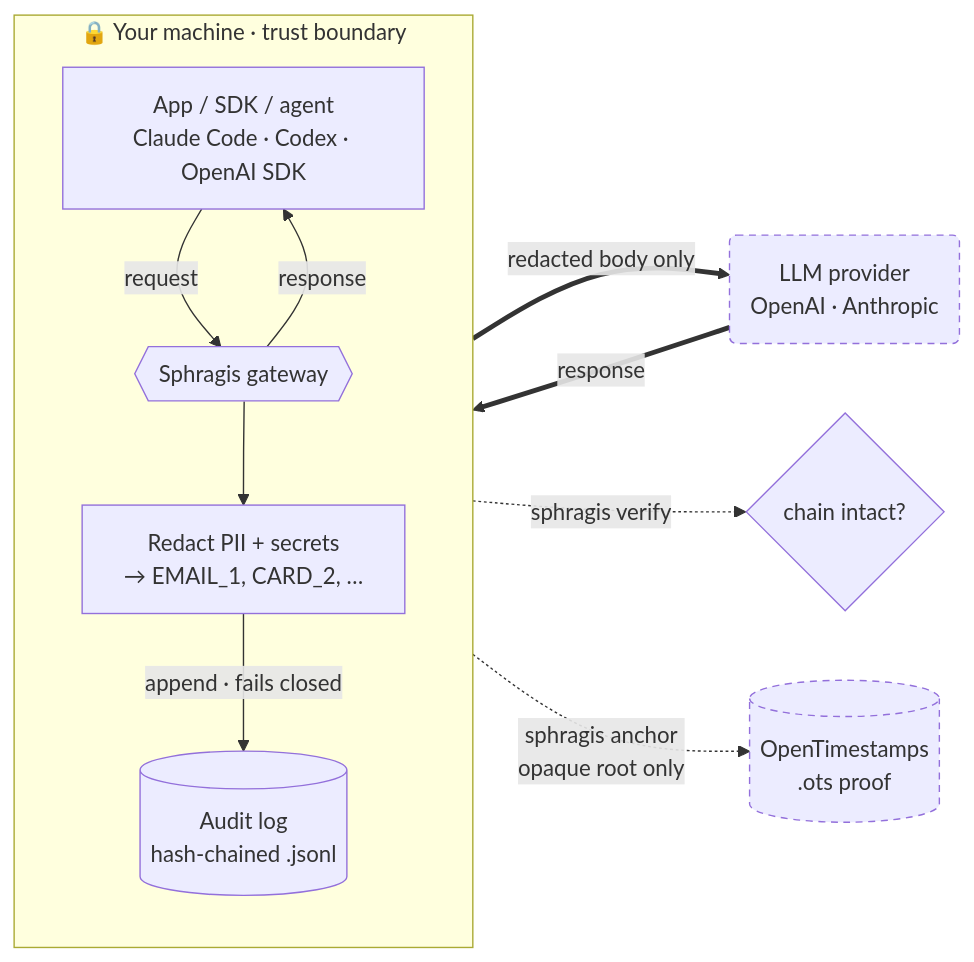
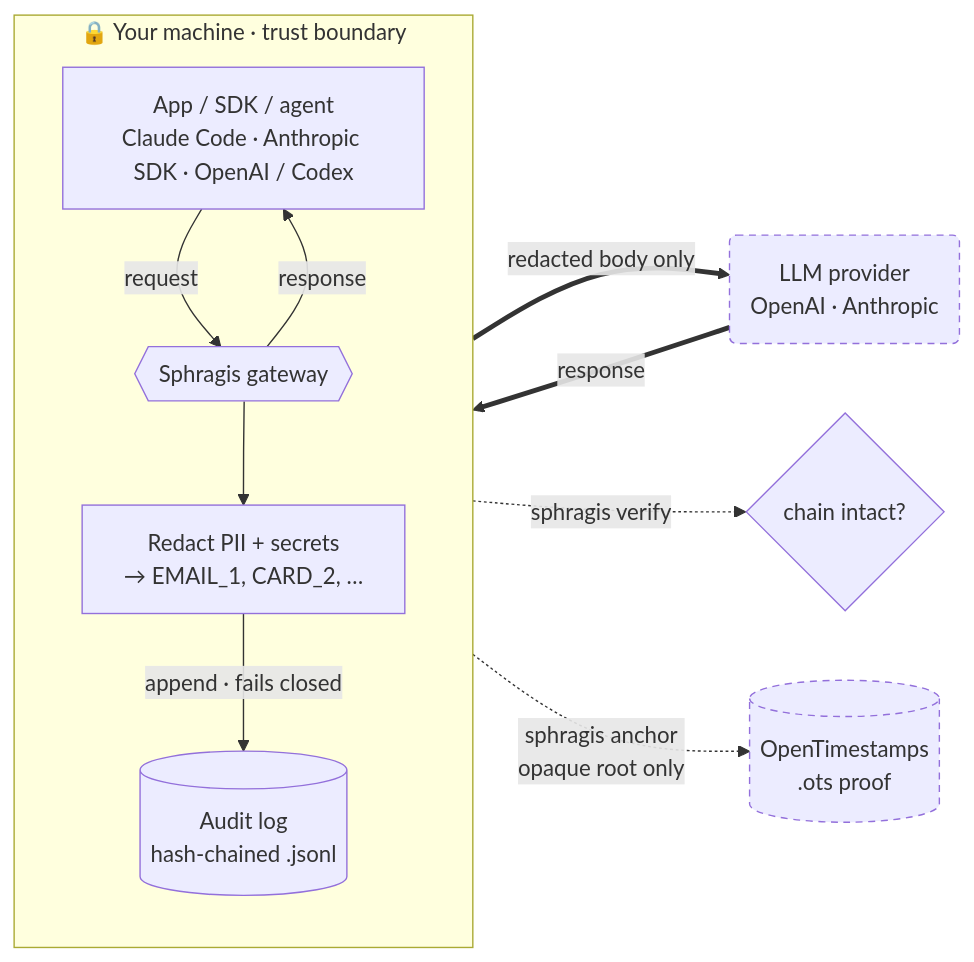
The diagram in README.md (sphragis-oss/sphragis), drawn with Mermaid before and after one commit. The commit also changed other lines of this file, not shown here.

First line of the commit message:
docs: emphasize first-class Claude support [skip ci]

````diff
--- a/README.md
+++ b/README.md
@@ -48,23 +49,23 @@
 ```mermaid
 flowchart LR
     subgraph trust["🔒 Your machine · trust boundary"]
         direction TB
-        A["App / SDK / agent<br/>Claude Code · Codex · OpenAI SDK"]
+        A["App / SDK / agent<br/>Claude Code · Anthropic SDK · OpenAI / Codex"]
         G{{"Sphragis gateway"}}
         R["Redact PII + secrets<br/>→ EMAIL_1, CARD_2, …"]
         L[("Audit log<br/>hash-chained .jsonl")]
         A -->|request| G
         G --> R
         R -->|"append · fails closed"| L
         G -->|response| A
     end
 
     R ==>|"redacted body only"| P("LLM provider<br/>OpenAI · Anthropic")
     P ==>|response| G
 
     L -.->|"sphragis verify"| V{"chain intact?"}
     L -.->|"sphragis anchor<br/>opaque root only"| O[("OpenTimestamps<br/>.ots proof")]
 
     classDef ext stroke-dasharray:5 4;
     class P,O ext;
 ```
````
